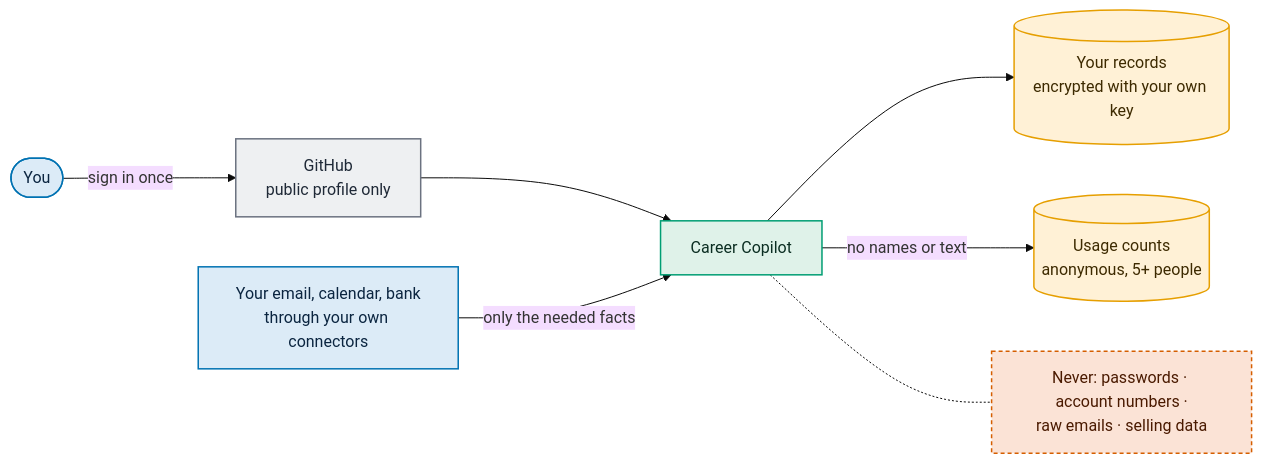
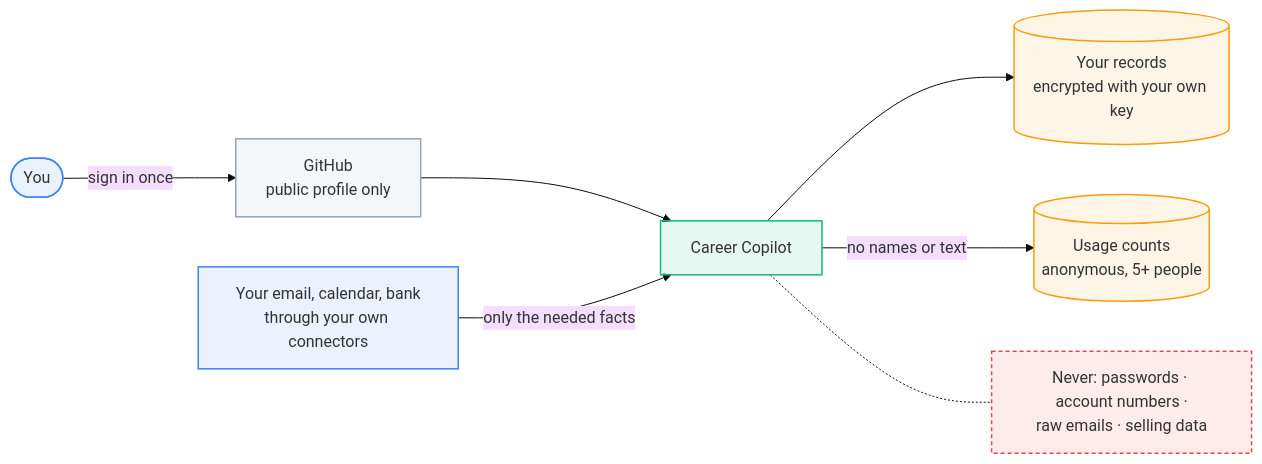
Before and after one commit to TusharSamantaray/career-copilot-mcp: the second of 3 diagrams in README.md, drawn with Mermaid (base theme). The commit also changed other lines of this file and 8 other files, not shown here.

First line of the commit message:
docs: diagram palette readable on light and dark backgrounds

````diff
--- a/README.md
+++ b/README.md
@@ -159,22 +159,22 @@
 ```mermaid
 flowchart LR
-  classDef person fill:#DCEBF7,stroke:#0072B2,color:#0B2540,stroke-width:1.5px
-  classDef copilot fill:#DFF2E9,stroke:#009E73,color:#0B2E22,stroke-width:1.5px
-  classDef store fill:#FFF1D6,stroke:#E69F00,color:#3D2A00,stroke-width:1.5px
-  classDef ext fill:#EEF0F2,stroke:#6B7280,color:#1F2937,stroke-width:1.5px
-  classDef never fill:#FBE3D6,stroke:#D55E00,color:#4A1A00,stroke-width:1.5px,stroke-dasharray:4 3
+  classDef person fill:#3B82F61A,stroke:#3B82F6,stroke-width:1.5px
+  classDef copilot fill:#10B9811A,stroke:#10B981,stroke-width:1.5px
+  classDef store fill:#F59E0B1A,stroke:#F59E0B,stroke-width:1.5px
+  classDef ext fill:#94A3B81A,stroke:#94A3B8,stroke-width:1.5px
+  classDef never fill:#EF44441A,stroke:#EF4444,stroke-width:1.5px,stroke-dasharray:4 3
 
   you(["You"]):::person
   src["Your email, calendar, bank<br/>through your own connectors"]:::person
   gh["GitHub<br/>public profile only"]:::ext
   cc["Career Copilot"]:::copilot
   store[("Your records<br/>encrypted with your own key")]:::store
   sig[("Usage counts<br/>anonymous, 5+ people")]:::store
   x["Never: passwords · account numbers ·<br/>raw emails · selling data"]:::never
 
   you -- "sign in once" --> gh --> cc
   src -- "only the needed facts" --> cc
   cc --> store
   cc -- "no names or text" --> sig
   cc -.- x
 ```
````
